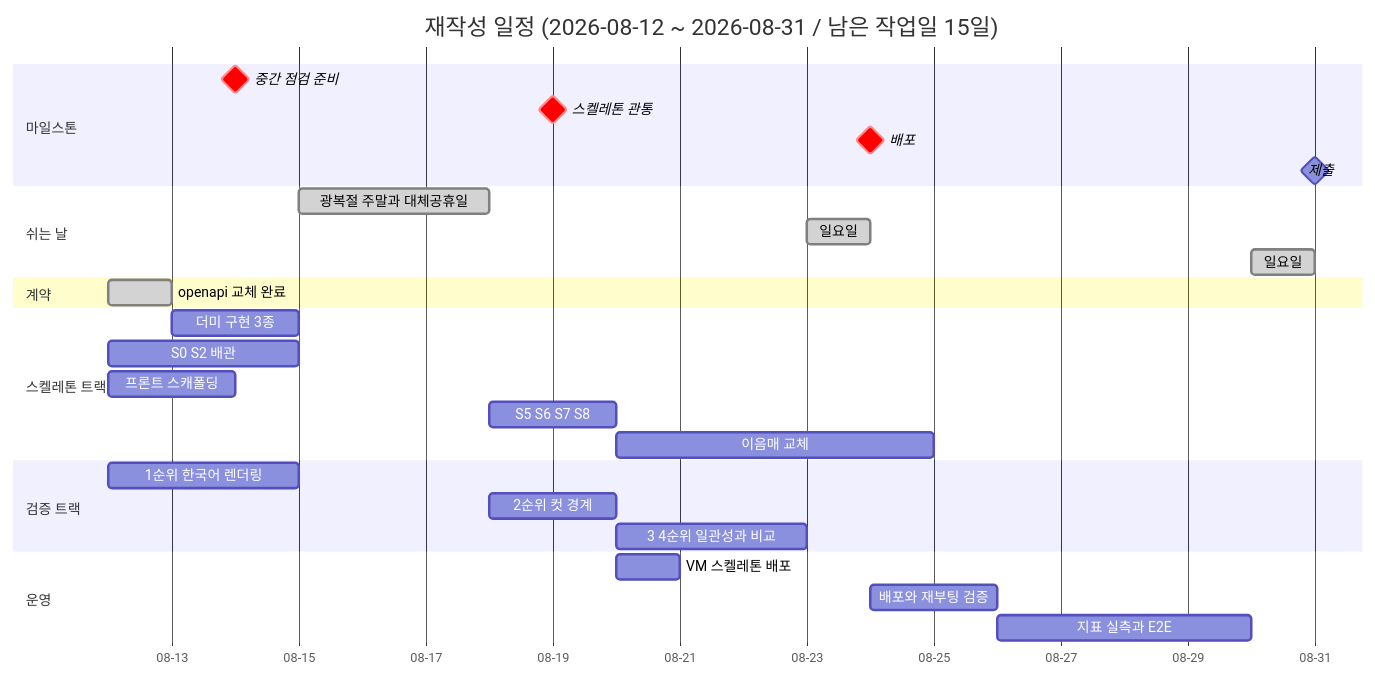
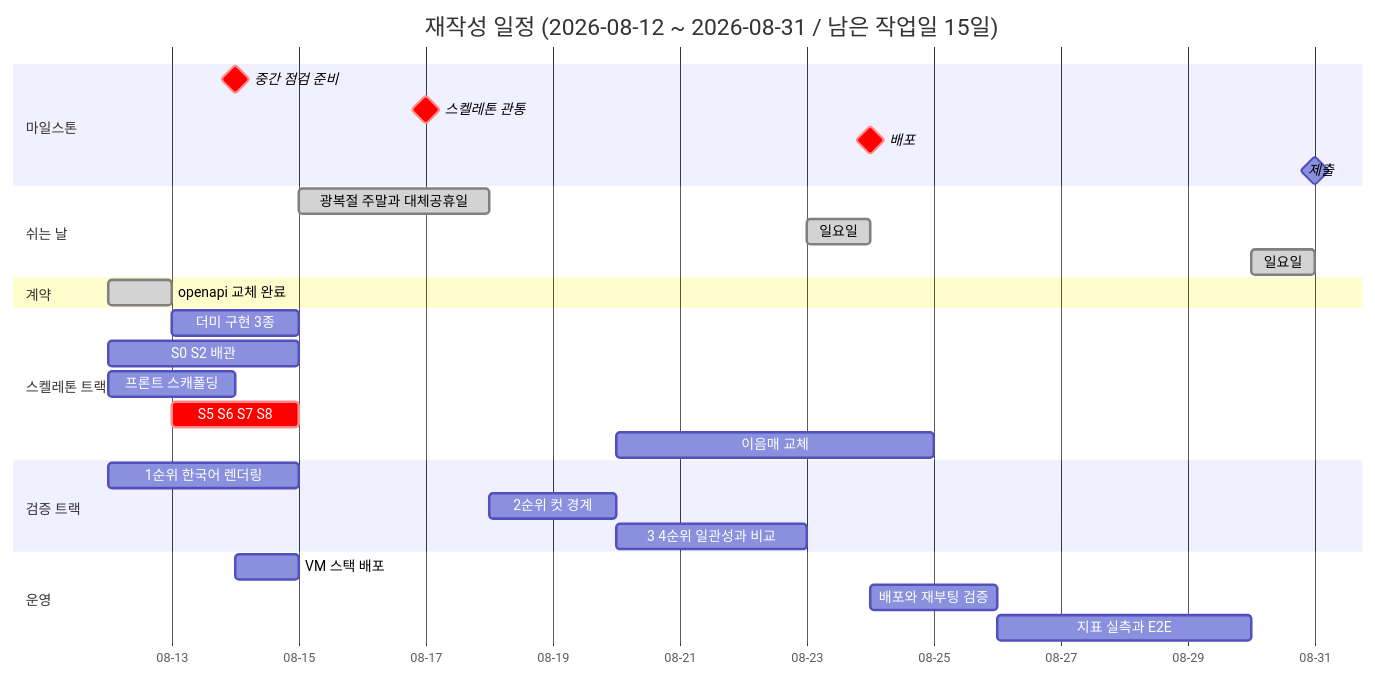
The first of 2 diagrams in docs/역할_일정/00-overall.md (Codeit-AI10-Part4-3Team/AI10-Part4-3Team-Advanced-Project), drawn with Mermaid before and after one commit. The commit also changed other lines of this file and 8 other files, not shown here.

````diff
--- a/docs/역할_일정/00-overall.md
+++ b/docs/역할_일정/00-overall.md
@@ -76,37 +91,37 @@
 ```mermaid
 gantt
     title 재작성 일정 (2026-08-12 ~ 2026-08-31 / 남은 작업일 15일)
     dateFormat YYYY-MM-DD
     axisFormat %m-%d
 
     section 마일스톤
     중간 점검 준비        :crit, milestone, m3, 2026-08-14, 0d
-    스켈레톤 관통        :crit, milestone, m4, 2026-08-19, 0d
+    스켈레톤 관통        :crit, milestone, m4, 2026-08-17, 0d
     배포                :crit, milestone, m5, 2026-08-24, 0d
     제출                :milestone, m6, 2026-08-31, 0d
 
     section 쉬는 날
     광복절 주말과 대체공휴일 :done, off2, 2026-08-15, 3d
     일요일                :done, off3, 2026-08-23, 1d
     일요일                :done, off4, 2026-08-30, 1d
 
     section 계약
     openapi 교체 완료     :done, c1, 2026-08-12, 1d
 
     section 스켈레톤 트랙
     더미 구현 3종         :s1, 2026-08-13, 2d
     S0 S2 배관           :s2, 2026-08-12, 3d
     프론트 스캐폴딩       :s3, 2026-08-12, 2d
-    S5 S6 S7 S8          :s4, 2026-08-18, 2d
+    S5 S6 S7 S8          :crit, s4, 2026-08-13, 2d
     이음매 교체           :s5, 2026-08-20, 5d
 
     section 검증 트랙
     1순위 한국어 렌더링    :v1, 2026-08-12, 3d
     2순위 컷 경계         :v2, 2026-08-18, 2d
     3 4순위 일관성과 비교  :v3, 2026-08-20, 3d
 
     section 운영
-    VM 스켈레톤 배포      :o1, 2026-08-20, 1d
+    VM 스택 배포          :o1, 2026-08-14, 1d
     배포와 재부팅 검증     :o2, 2026-08-24, 2d
     지표 실측과 E2E       :o3, 2026-08-26, 4d
 ```
````
